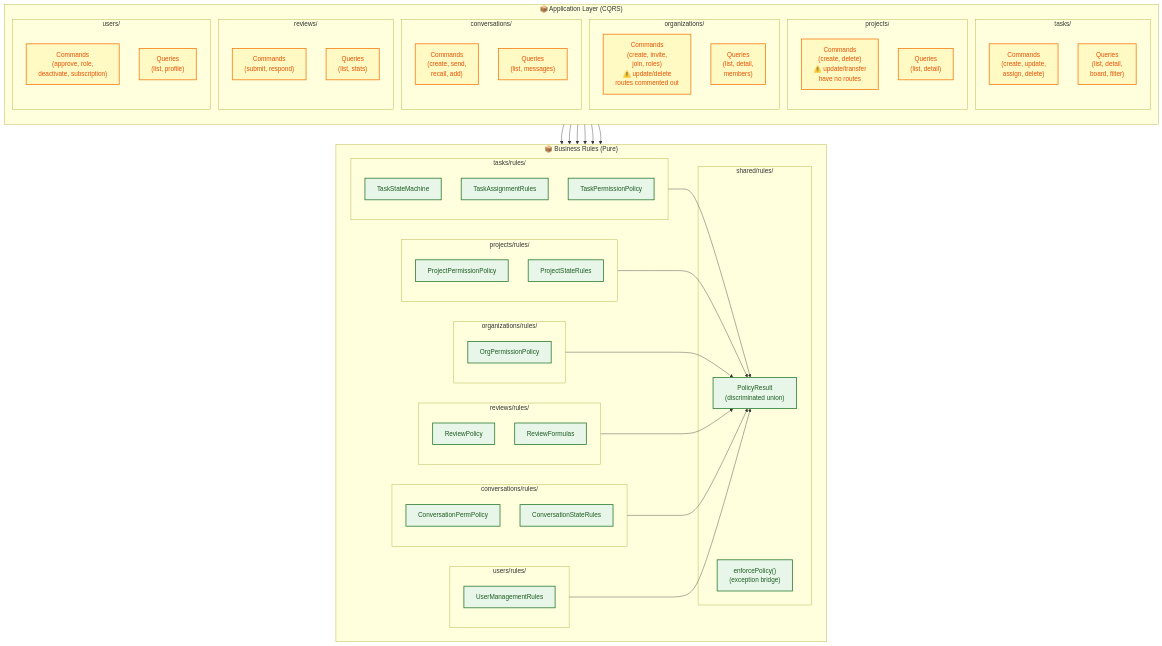
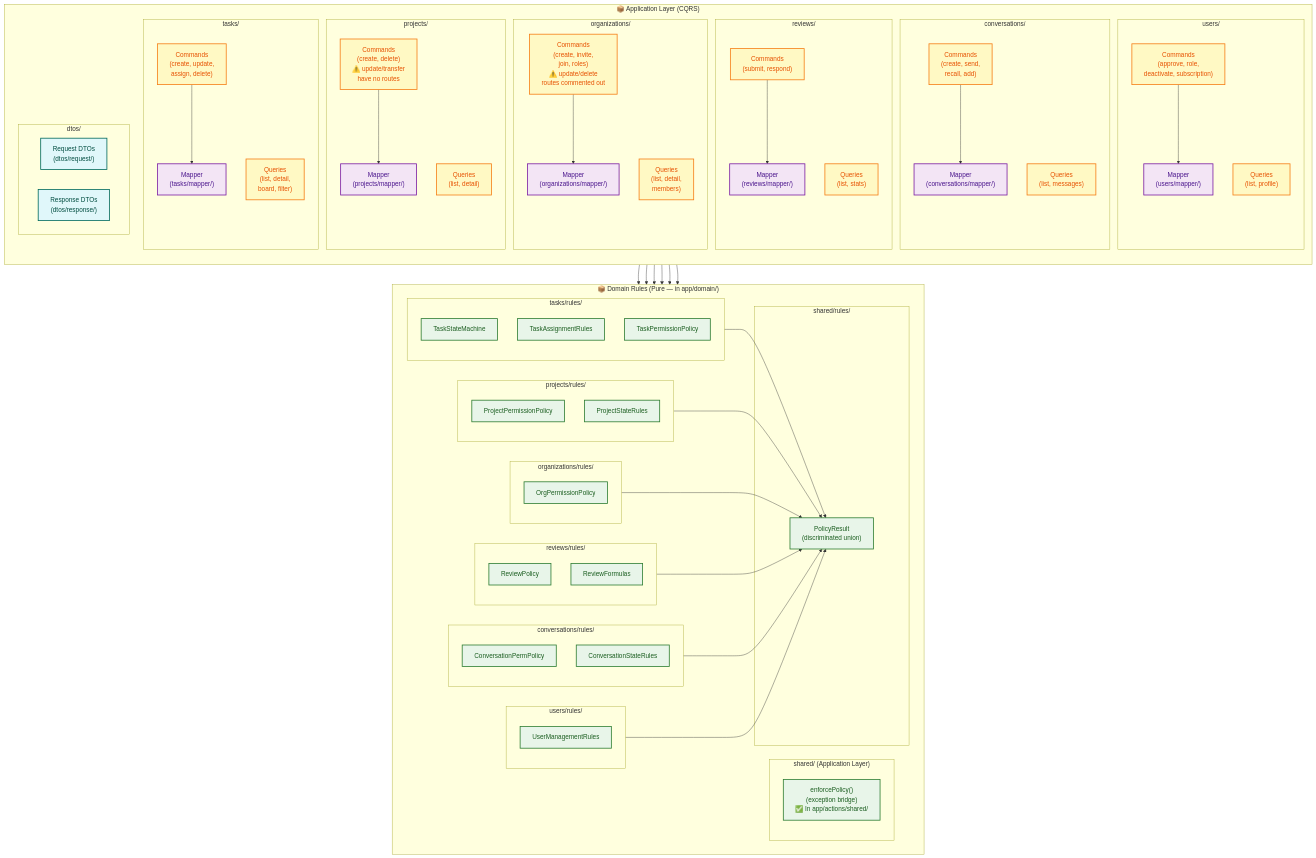
One commit to DuyetTN3112/Suar changed the diagram in diagram/Package/pkg_03_application.mmd. Above: the diagram before and after it, drawn with Mermaid. The commit also changed 328 other files, not shown here.

Commit message:
feat: Implement infrastructure layer for organizations, projects, reviews, tasks, and users

```diff
--- a/diagram/Package/pkg_03_application.mmd
+++ b/diagram/Package/pkg_03_application.mmd
@@ -1,82 +1,105 @@
 %% Package Diagram: Suar Platform — Application Layer & Business Rules (Detail)
-%% Shows CQRS actions (Commands + Queries) and pure business rule modules.
-%% Dependencies: calls Domain Layer (pkg_04) for models / validators / permissions.
+%% Shows CQRS actions (Commands + Queries), application mappers, and pure business rule modules.
+%% Dependencies: calls Domain Layer (pkg_04) for entities / rules / permissions.
+%% ✅ Updated 2026-03: enforcePolicy in Application, rules in Domain
 
 graph TD
     subgraph application["📦 Application Layer (CQRS)"]
         direction TB
         subgraph task_actions["tasks/"]
             T_CMD["Commands\n(create, update,\nassign, delete)"]
             T_QRY["Queries\n(list, detail,\nboard, filter)"]
+            T_MAP["Mapper\n(tasks/mapper/)"]
         end
         subgraph project_actions["projects/"]
             P_CMD["Commands\n(create, delete)\n⚠️ update/transfer\nhave no routes"]
             P_QRY["Queries\n(list, detail)"]
+            P_MAP["Mapper\n(projects/mapper/)"]
         end
         subgraph org_actions["organizations/"]
             O_CMD["Commands\n(create, invite,\njoin, roles)\n⚠️ update/delete\nroutes commented out"]
             O_QRY["Queries\n(list, detail,\nmembers)"]
+            O_MAP["Mapper\n(organizations/mapper/)"]
         end
         subgraph conv_actions["conversations/"]
             C_CMD["Commands\n(create, send,\nrecall, add)"]
             C_QRY["Queries\n(list, messages)"]
+            C_MAP["Mapper\n(conversations/mapper/)"]
         end
         subgraph review_actions["reviews/"]
             R_CMD["Commands\n(submit, respond)"]
             R_QRY["Queries\n(list, stats)"]
+            R_MAP["Mapper\n(reviews/mapper/)"]
         end
         subgraph user_actions["users/"]
             U_CMD["Commands\n(approve, role,\ndeactivate, subscription)"]
             U_QRY["Queries\n(list, profile)"]
+            U_MAP["Mapper\n(users/mapper/)"]
+        end
+        subgraph dtos_app["dtos/"]
+            REQ_DTO["Request DTOs\n(dtos/request/)"]
+            RES_DTO["Response DTOs\n(dtos/response/)"]
         end
     end
 
-    subgraph rules["📦 Business Rules (Pure)"]
+    subgraph rules["📦 Domain Rules (Pure — in app/domain/)"]
         direction LR
         subgraph shared_rules["shared/rules/"]
             POLICY_RESULT["PolicyResult\n(discriminated union)"]
-            ENFORCE["enforcePolicy()\n(exception bridge)"]
+        end
+        subgraph enforce_bridge["shared/ (Application Layer)"]
+            ENFORCE["enforcePolicy()\n(exception bridge)\n✅ In app/actions/shared/"]
         end
         subgraph task_rules["tasks/rules/"]
             TSM["TaskStateMachine"]
             TAR["TaskAssignmentRules"]
             TPP["TaskPermissionPolicy"]
         end
         subgraph project_rules["projects/rules/"]
             PPP["ProjectPermissionPolicy"]
             PSR["ProjectStateRules"]
         end
         subgraph org_rules["organizations/rules/"]
             OPP["OrgPermissionPolicy"]
         end
         subgraph review_rules_pkg["reviews/rules/"]
             RP["ReviewPolicy"]
             RF["ReviewFormulas"]
         end
         subgraph conv_rules["conversations/rules/"]
             CPP["ConversationPermPolicy"]
             CSR["ConversationStateRules"]
         end
         subgraph user_rules["users/rules/"]
             UMR["UserManagementRules"]
         end
     end
 
     T_CMD --> task_rules
+    T_CMD --> T_MAP
     P_CMD --> project_rules
+    P_CMD --> P_MAP
     O_CMD --> org_rules
+    O_CMD --> O_MAP
     R_CMD --> review_rules_pkg
+    R_CMD --> R_MAP
     C_CMD --> conv_rules
+    C_CMD --> C_MAP
     U_CMD --> user_rules
+    U_CMD --> U_MAP
 
     task_rules --> POLICY_RESULT
     project_rules --> POLICY_RESULT
     org_rules --> POLICY_RESULT
     review_rules_pkg --> POLICY_RESULT
     conv_rules --> POLICY_RESULT
     user_rules --> POLICY_RESULT
 
     classDef appStyle fill:#FFF9C4,stroke:#F57F17,stroke-width:2px,color:#E65100
     classDef ruleStyle fill:#E8F5E9,stroke:#2E7D32,stroke-width:2px,color:#1B5E20
+    classDef mapStyle fill:#F3E5F5,stroke:#7B1FA2,stroke-width:2px,color:#4A148C
+    classDef dtoStyle fill:#E0F7FA,stroke:#00695C,stroke-width:2px,color:#004D40
     class T_CMD,T_QRY,P_CMD,P_QRY,O_CMD,O_QRY,C_CMD,C_QRY,R_CMD,R_QRY,U_CMD,U_QRY appStyle
     class POLICY_RESULT,ENFORCE,TSM,TAR,TPP,PPP,PSR,OPP,RP,RF,CPP,CSR,UMR ruleStyle
+    class T_MAP,P_MAP,O_MAP,C_MAP,R_MAP,U_MAP mapStyle
+    class REQ_DTO,RES_DTO dtoStyle
```
